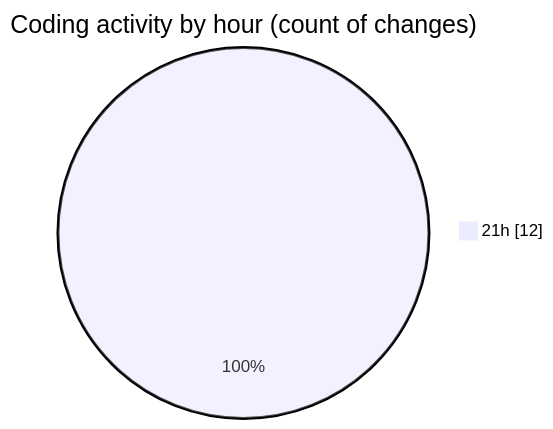
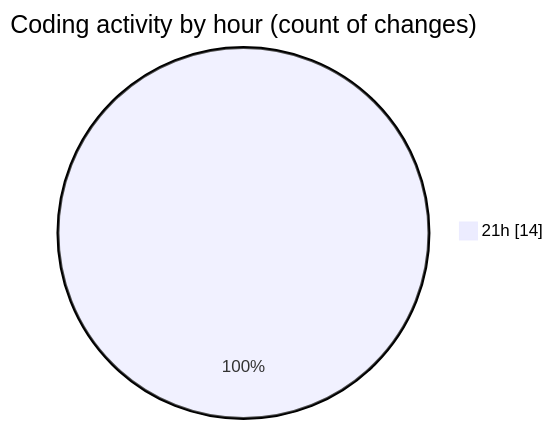
The second of 2 diagrams in 2025-08-03/opencode/README.md (EIIisD/code-tracking), drawn with Mermaid before and after one commit. The commit also changed other lines of this file and 1 other file, not shown here.

````diff
--- a/2025-08-03/opencode/README.md
+++ b/2025-08-03/opencode/README.md
@@ -31,5 +31,5 @@
 ```mermaid
 pie showData
 title Coding activity by hour (count of changes)
-"21h" : 12
+"21h" : 14
 ```
````
